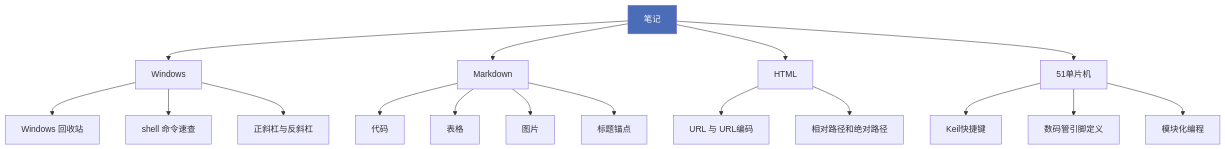
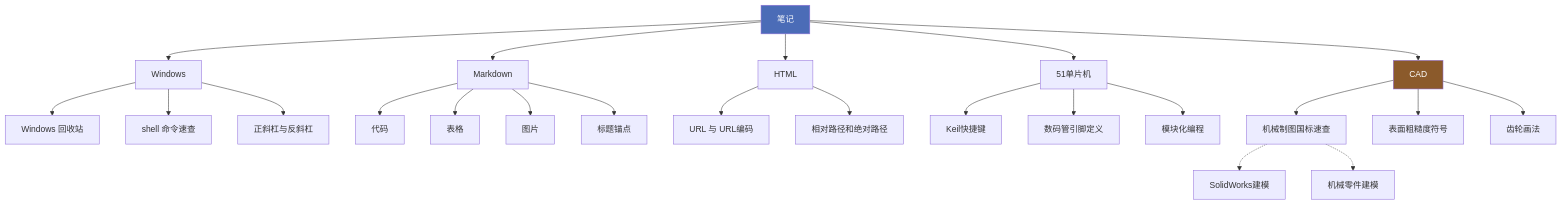
One commit to dasiwocom/wiki changed the diagram in content/index.md. Above: the diagram before and after it, drawn with Mermaid. The commit also changed other lines of this file and 70 other files, not shown here.

````diff
--- a/content/index.md
+++ b/content/index.md
@@ -31,25 +31,34 @@
 ```mermaid
 graph TD
     Root[笔记] --> A[Windows]
     Root --> B[Markdown]
     Root --> C[HTML]
     Root --> D[51单片机]
+    Root --> E[CAD]
 
     A --> A1[Windows 回收站]
     A --> A2[shell 命令速查]
     A --> A3[正斜杠与反斜杠]
 
     B --> B1[代码]
     B --> B2[表格]
     B --> B3[图片]
     B --> B4[标题锚点]
 
     C --> C1[URL 与 URL编码]
     C --> C2[相对路径和绝对路径]
 
     D --> D1[Keil快捷键]
     D --> D2[数码管引脚定义]
     D --> D3[模块化编程]
 
+    E --> E1[机械制图国标速查]
+    E --> E2[表面粗糙度符号]
+    E --> E3[齿轮画法]
+
+    E1 -.-> F1[SolidWorks建模]
+    E1 -.-> F2[机械零件建模]
+
     style Root fill:#4b6cb7,color:#fff
+    style E fill:#8b5a2b,color:#fff
 ```
````
